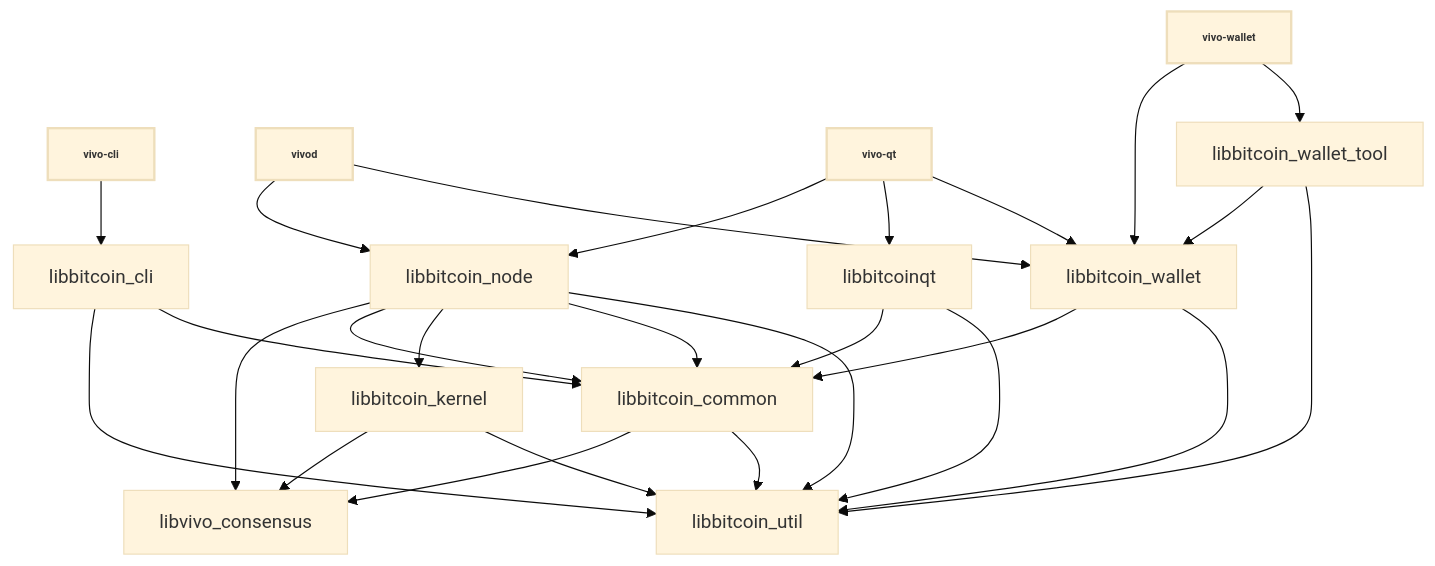
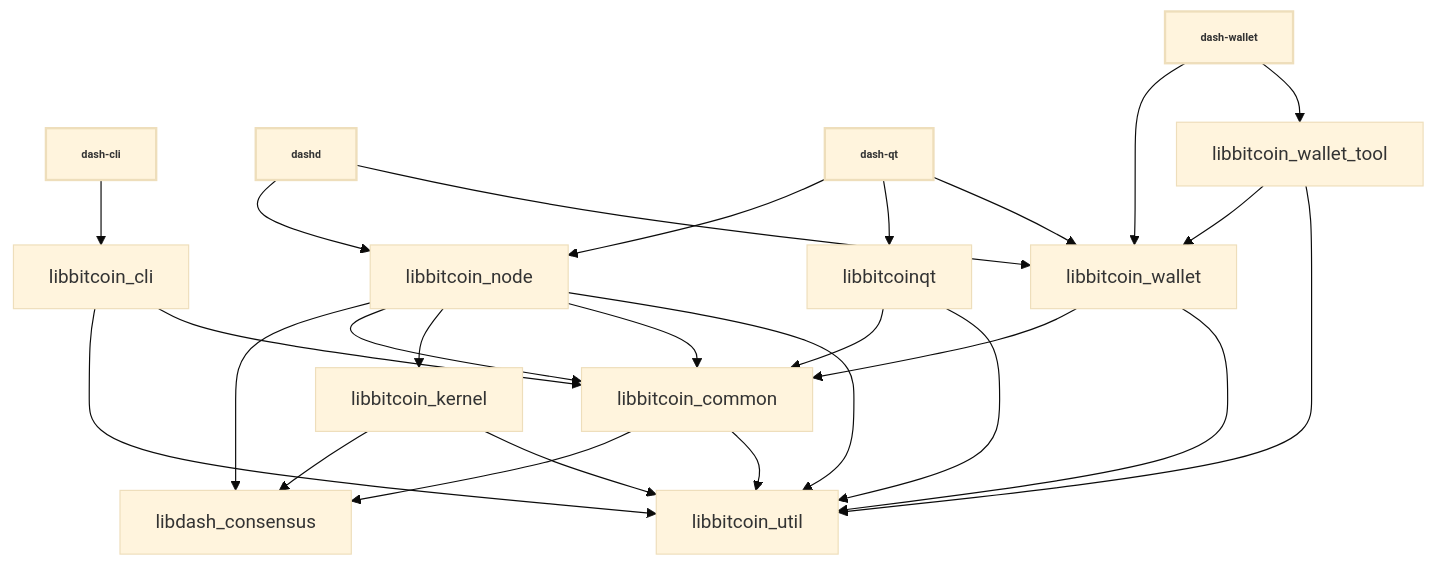
Before and after one commit to KingricharVD/vivo: the diagram in doc/design/libraries.md, drawn with Mermaid (base theme). The commit also changed other lines of this file and 1035 other files, not shown here.

````diff
--- a/doc/design/libraries.md
+++ b/doc/design/libraries.md
@@ -38,45 +38,45 @@
 ```mermaid
 
 %%{ init : { "flowchart" : { "curve" : "basis" }}}%%
 
 graph TD;
 
-vivo-cli[vivo-cli]-->libbitcoin_cli;
+dash-cli[dash-cli]-->libbitcoin_cli;
 
-vivod[vivod]-->libbitcoin_node;
-vivod[vivod]-->libbitcoin_wallet;
+dashd[dashd]-->libbitcoin_node;
+dashd[dashd]-->libbitcoin_wallet;
 
-vivo-qt[vivo-qt]-->libbitcoin_node;
-vivo-qt[vivo-qt]-->libbitcoinqt;
-vivo-qt[vivo-qt]-->libbitcoin_wallet;
+dash-qt[dash-qt]-->libbitcoin_node;
+dash-qt[dash-qt]-->libbitcoinqt;
+dash-qt[dash-qt]-->libbitcoin_wallet;
 
-vivo-wallet[vivo-wallet]-->libbitcoin_wallet;
-vivo-wallet[vivo-wallet]-->libbitcoin_wallet_tool;
+dash-wallet[dash-wallet]-->libbitcoin_wallet;
+dash-wallet[dash-wallet]-->libbitcoin_wallet_tool;
 
 libbitcoin_cli-->libbitcoin_util;
 libbitcoin_cli-->libbitcoin_common;
 
-libbitcoin_common-->libvivo_consensus;
+libbitcoin_common-->libdash_consensus;
 libbitcoin_common-->libbitcoin_util;
 
-libbitcoin_kernel-->libvivo_consensus;
+libbitcoin_kernel-->libdash_consensus;
 libbitcoin_kernel-->libbitcoin_util;
 
-libbitcoin_node-->libvivo_consensus;
+libbitcoin_node-->libdash_consensus;
 libbitcoin_node-->libbitcoin_common;
 libbitcoin_node-->libbitcoin_kernel;
 libbitcoin_node-->libbitcoin_common;
 libbitcoin_node-->libbitcoin_util;
 
 libbitcoinqt-->libbitcoin_common;
 libbitcoinqt-->libbitcoin_util;
 
 libbitcoin_wallet-->libbitcoin_common;
 libbitcoin_wallet-->libbitcoin_util;
 
 libbitcoin_wallet_tool-->libbitcoin_wallet;
 libbitcoin_wallet_tool-->libbitcoin_util;
 
 classDef bold stroke-width:2px, font-weight:bold, font-size: smaller;
-class vivo-qt,vivod,vivo-cli,vivo-wallet bold
+class dash-qt,dashd,dash-cli,dash-wallet bold
 ```
````
